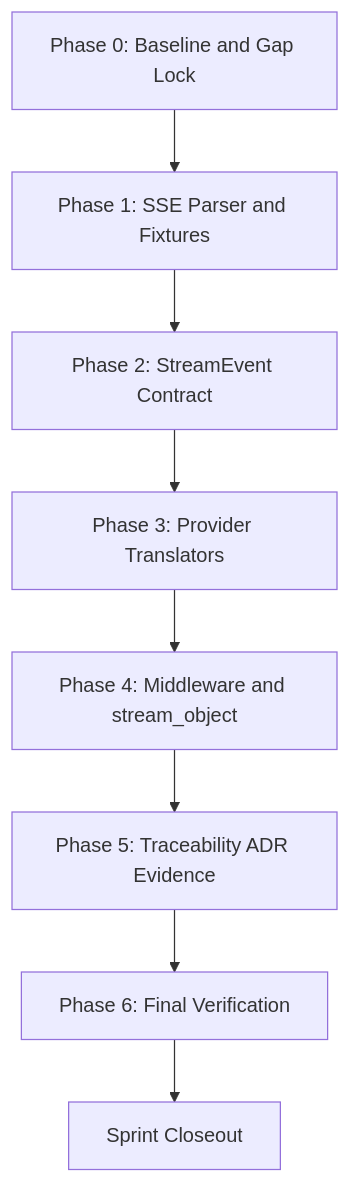
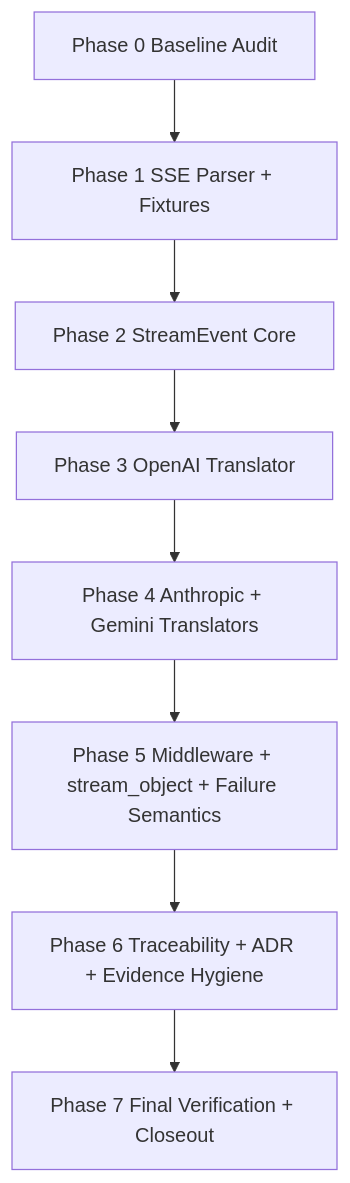
One commit to jaytaylor/attractor-tcl changed the third of 5 diagrams in docs/sprints/SPRINT-005-comprehensive-implementation-plan.md. Above: the diagram before and after it, drawn with Mermaid. The commit also changed other lines of this file, not shown here.

Commit message:
docs: rewrite sprint 005 comprehensive implementation plan

````diff
--- a/docs/sprints/SPRINT-005-comprehensive-implementation-plan.md
+++ b/docs/sprints/SPRINT-005-comprehensive-implementation-plan.md
@@ -777,10 +489,10 @@
 ```mermaid
 flowchart TD
-  A[Phase 0: Baseline and Gap Lock] --> B[Phase 1: SSE Parser and Fixtures]
-  B --> C[Phase 2: StreamEvent Contract]
-  C --> D[Phase 3: Provider Translators]
-  D --> E[Phase 4: Middleware and stream_object]
-  E --> F[Phase 5: Traceability ADR Evidence]
-  F --> G[Phase 6: Final Verification]
-  G --> H[Sprint Closeout]
+  A[Phase 0 Baseline Audit] --> B[Phase 1 SSE Parser + Fixtures]
+  B --> C[Phase 2 StreamEvent Core]
+  C --> D[Phase 3 OpenAI Translator]
+  D --> E[Phase 4 Anthropic + Gemini Translators]
+  E --> F[Phase 5 Middleware + stream_object + Failure Semantics]
+  F --> G[Phase 6 Traceability + ADR + Evidence Hygiene]
+  G --> H[Phase 7 Final Verification + Closeout]
 ```
````
